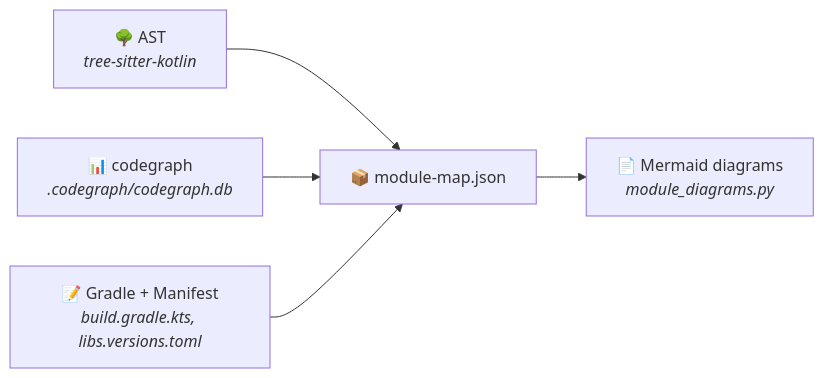
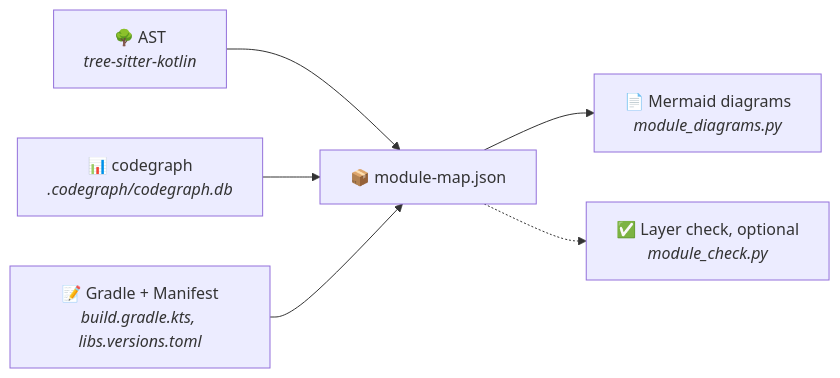
One commit to pfranccino/android-module-map changed the third of 3 diagrams in README.md. Above: the diagram before and after it, drawn with Mermaid. The commit also changed other lines of this file and 1 other file, not shown here.

First line of the commit message:
Document module-check across the README and the skill

````diff
--- a/README.md
+++ b/README.md
@@ -662,7 +683,8 @@
 ```mermaid
 graph LR
     A["🌳 AST<br/><i>tree-sitter-kotlin</i>"] --> D["📦 module-map.json"]
     B["📊 codegraph<br/><i>.codegraph/codegraph.db</i>"] --> D
     C["📝 Gradle + Manifest<br/><i>build.gradle.kts, libs.versions.toml</i>"] --> D
     D --> E["📄 Mermaid diagrams<br/><i>module_diagrams.py</i>"]
+    D -.-> F["✅ Layer check, optional<br/><i>module_check.py</i>"]
 ```
````
